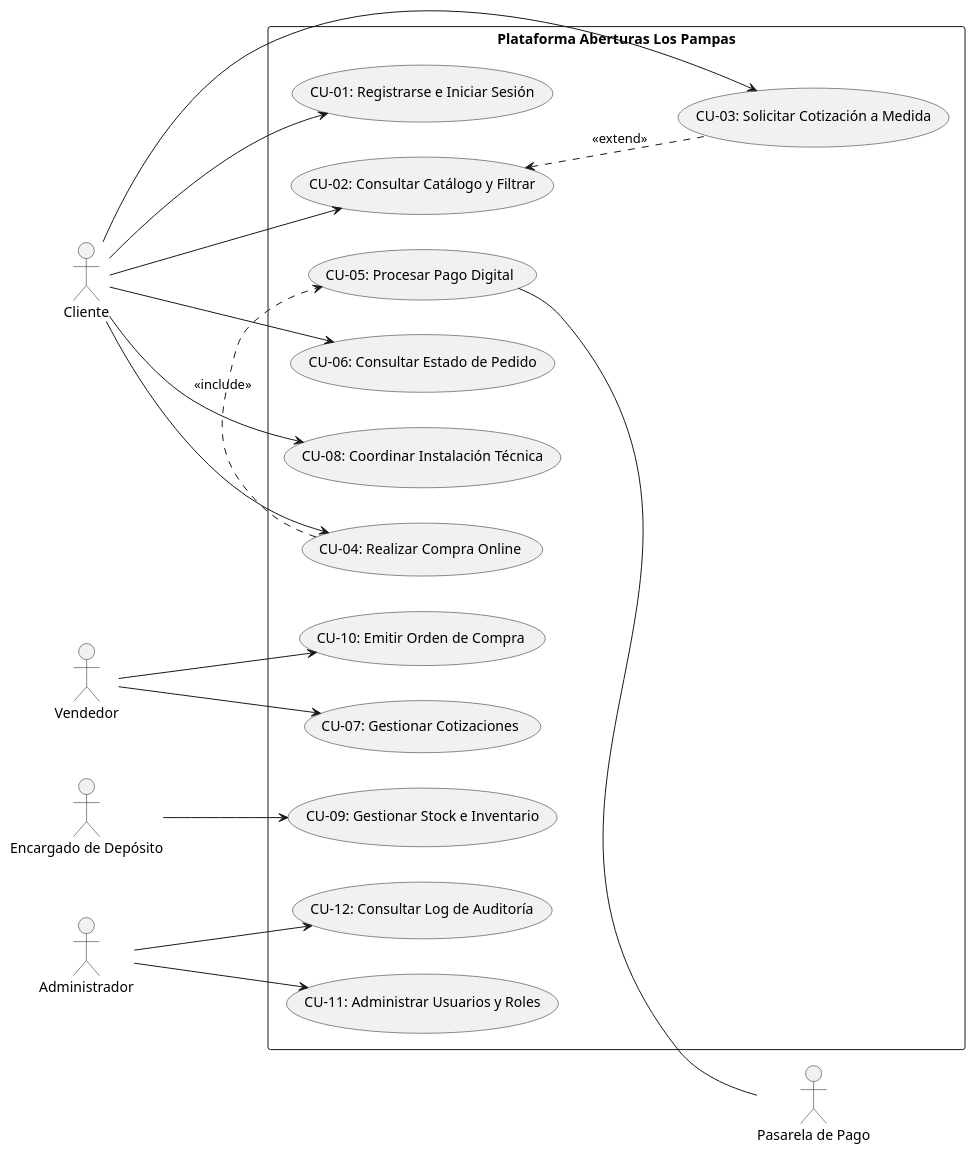
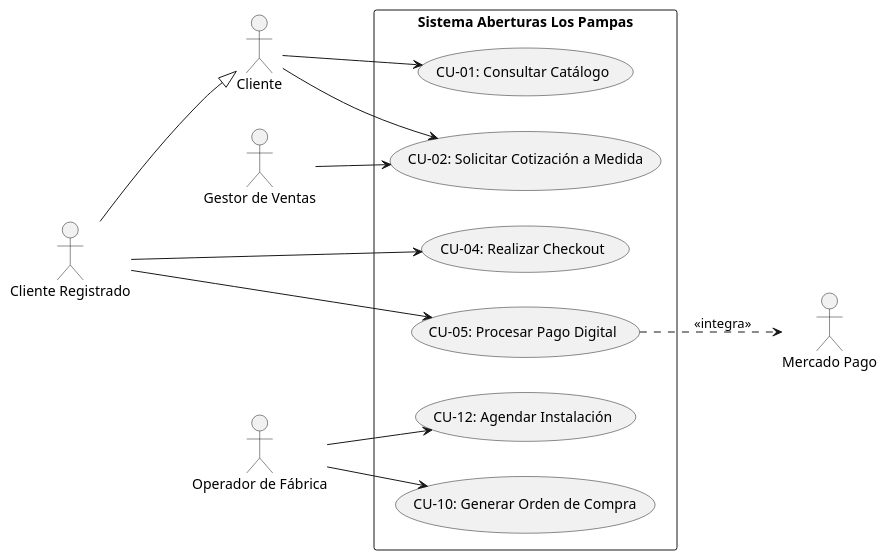
One commit to ScagliaUriel/desarrollo-web-aberturas-los-pampas changed the diagram in diagramas/casos-de-uso.puml. Above: the diagram before and after it, drawn with PlantUML.

Commit message:
Actualización del diagrama de casos de uso: reestructuración de actores y casos de uso, mejorando la claridad y alineación con el sistema actual.

```diff
--- a/diagramas/casos-de-uso.puml
+++ b/diagramas/casos-de-uso.puml
@@ -1,42 +1,30 @@
-@startuml
+@startuml AberturasLosPampas_CasosDeUso
 left to right direction
 skinparam packageStyle rectangle
 
-actor "Cliente" as cli
-actor "Vendedor" as ven
-actor "Encargado de Depósito" as dep
-actor "Administrador" as admin
-actor "Pasarela de Pago" as pas
+actor "Cliente" as usr
+actor "Cliente Registrado" as usrAuth
+actor "Gestor de Ventas" as admin
+actor "Operador de Fábrica" as op
+actor "Mercado Pago" as mp
 
-rectangle "Plataforma Aberturas Los Pampas" {
-  usecase "CU-01: Registrarse e Iniciar Sesión" as CU1
-  usecase "CU-02: Consultar Catálogo y Filtrar" as CU2
-  usecase "CU-03: Solicitar Cotización a Medida" as CU3
-  usecase "CU-04: Realizar Compra Online" as CU4
-  usecase "CU-05: Procesar Pago Digital" as CU5
-  usecase "CU-06: Consultar Estado de Pedido" as CU6
-  usecase "CU-07: Gestionar Cotizaciones" as CU7
-  usecase "CU-08: Coordinar Instalación Técnica" as CU8
-  usecase "CU-09: Gestionar Stock e Inventario" as CU9
-  usecase "CU-10: Emitir Orden de Compra" as CU10
-  usecase "CU-11: Administrar Usuarios y Roles" as CU11
-  usecase "CU-12: Consultar Log de Auditoría" as CU12
+usrAuth --|> usr
+
+rectangle "Sistema Aberturas Los Pampas" {
+  usecase "CU-01: Consultar Catálogo" as CU01
+  usecase "CU-02: Solicitar Cotización a Medida" as CU02
+  usecase "CU-04: Realizar Checkout" as CU04
+  usecase "CU-05: Procesar Pago Digital" as CU05
+  usecase "CU-10: Generar Orden de Compra" as CU10
+  usecase "CU-12: Agendar Instalación" as CU12
 }
 
-cli --> CU1
-cli --> CU2
-cli --> CU3
-cli --> CU4
-cli --> CU6
-cli --> CU8
-
-CU4 .> CU5 : <<include>>
-CU2 <.. CU3 : <<extend>>
-
-CU5 -- pas
-ven --> CU7
-ven --> CU10
-dep --> CU9
-admin --> CU11
-admin --> CU12
+usr --> CU01
+usr --> CU02
+usrAuth --> CU04
+usrAuth --> CU05
+CU05 ..> mp : <<integra>>
+admin --> CU02
+op --> CU10
+op --> CU12
 @enduml
```
